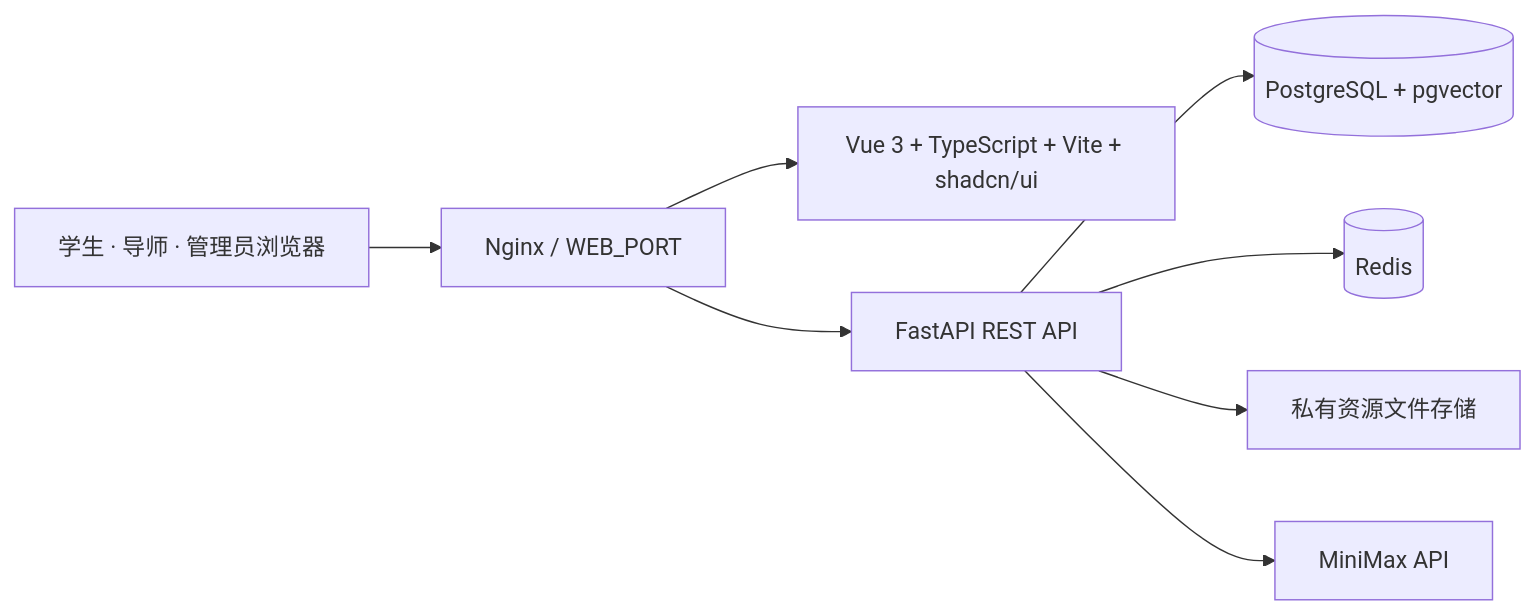
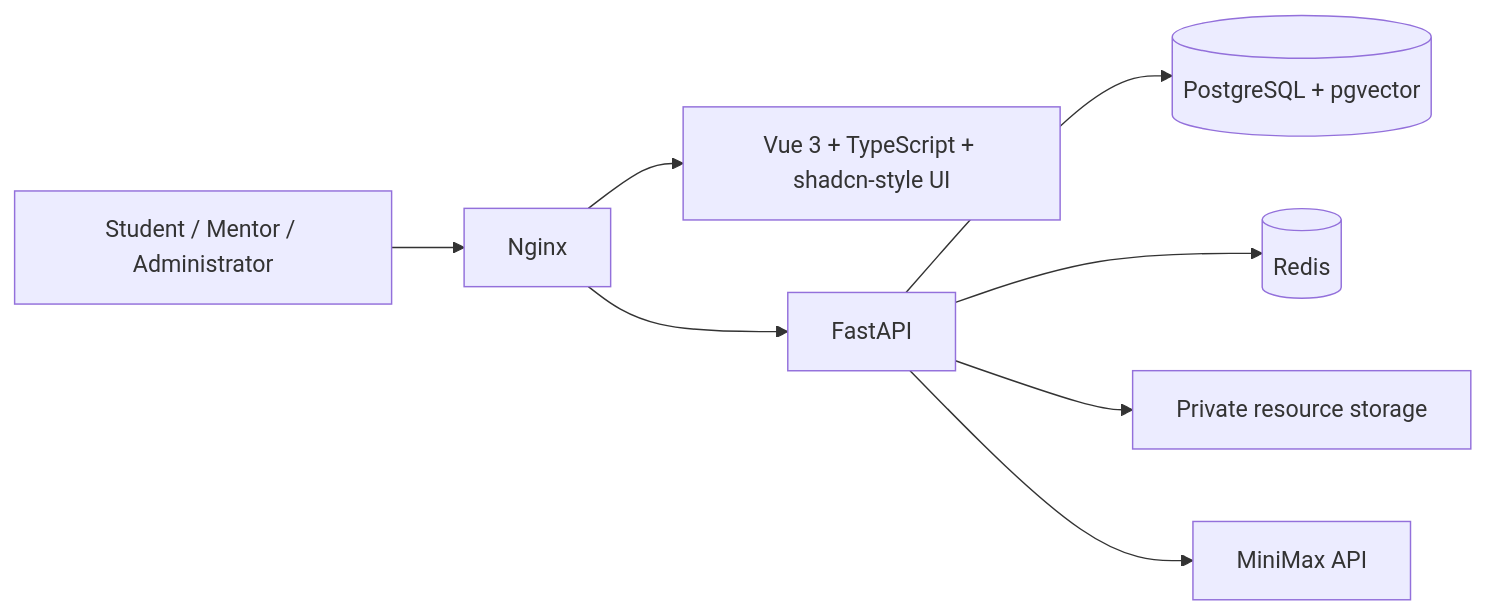
Before and after one commit to VALONSIDE/academic-nexus: the first of 2 diagrams in README.md, drawn with Mermaid. The commit also changed other lines of this file and 85 other files, not shown here.

````diff
--- a/README.md
+++ b/README.md
@@ -150,10 +34,10 @@
 ```mermaid
 flowchart LR
-    U[学生 · 导师 · 管理员浏览器] --> N[Nginx / WEB_PORT]
-    N --> W[Vue 3 + TypeScript + Vite + shadcn/ui]
-    N --> A[FastAPI REST API]
-    A --> P[(PostgreSQL + pgvector)]
-    A --> R[(Redis)]
-    A --> S[私有资源文件存储]
-    A --> M[MiniMax API]
+  U[Student / Mentor / Administrator] --> N[Nginx]
+  N --> W[Vue 3 + TypeScript + shadcn-style UI]
+  N --> A[FastAPI]
+  A --> P[(PostgreSQL + pgvector)]
+  A --> R[(Redis)]
+  A --> S[Private resource storage]
+  A --> M[MiniMax API]
 ```
````
